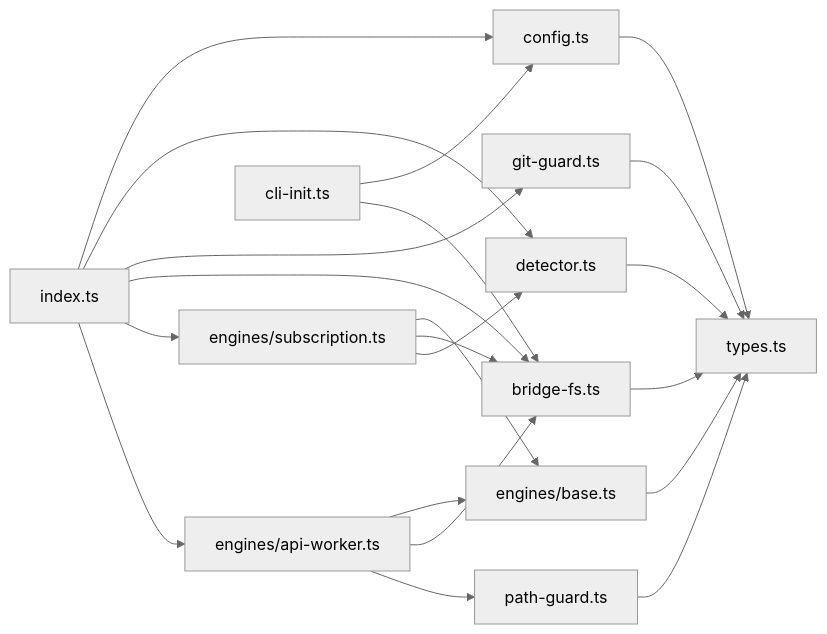
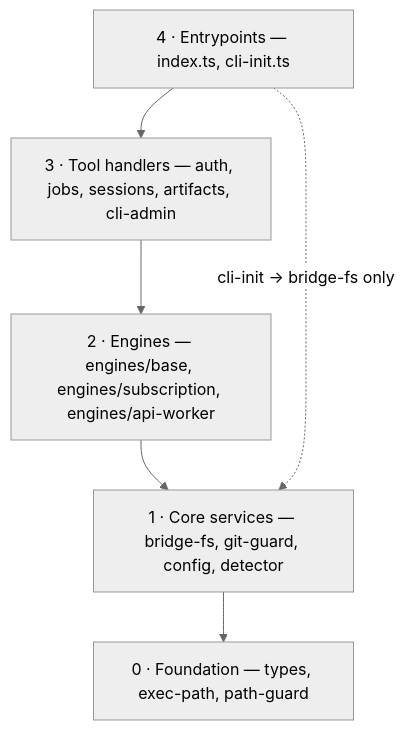
One commit to xzawed/claude-antigravity-plugin changed the second of 2 diagrams in docs/02-architecture/system-architecture.md. Above: the diagram before and after it, drawn with Mermaid (neutral theme). The commit also changed other lines of this file and 3 other files, not shown here.

````diff
--- a/docs/02-architecture/system-architecture.md
+++ b/docs/02-architecture/system-architecture.md
@@ -121,27 +123,10 @@
 ```mermaid
-flowchart LR
-    IDX["index.ts"] --> CFG["config.ts"]
-    IDX --> DET["detector.ts"]
-    IDX --> GIT["git-guard.ts"]
-    IDX --> BFS["bridge-fs.ts"]
-    IDX --> SUB["engines/subscription.ts"]
-    IDX --> API["engines/api-worker.ts"]
-
-    INIT["cli-init.ts"] --> CFG
-    INIT --> BFS
-
-    SUB --> BASE["engines/base.ts"]
-    SUB --> BFS
-    SUB --> DET
-
-    API --> BASE
-    API --> BFS
-    API --> PGD["path-guard.ts"]
-
-    BFS --> TYP["types.ts"]
-    CFG --> TYP
-    DET --> TYP
-    GIT --> TYP
-    PGD --> TYP
-    BASE --> TYP
+flowchart TD
+    L4["4 · Entrypoints — index.ts, cli-init.ts"]
+    L3["3 · Tool handlers — auth, jobs, sessions, artifacts, cli-admin"]
+    L2["2 · Engines — engines/base, engines/subscription, engines/api-worker"]
+    L1["1 · Core services — bridge-fs, git-guard, config, detector"]
+    L0["0 · Foundation — types, exec-path, path-guard"]
+    L4 --> L3 --> L2 --> L1 --> L0
+    L4 -. "cli-init → bridge-fs only" .-> L1
 ```
````
